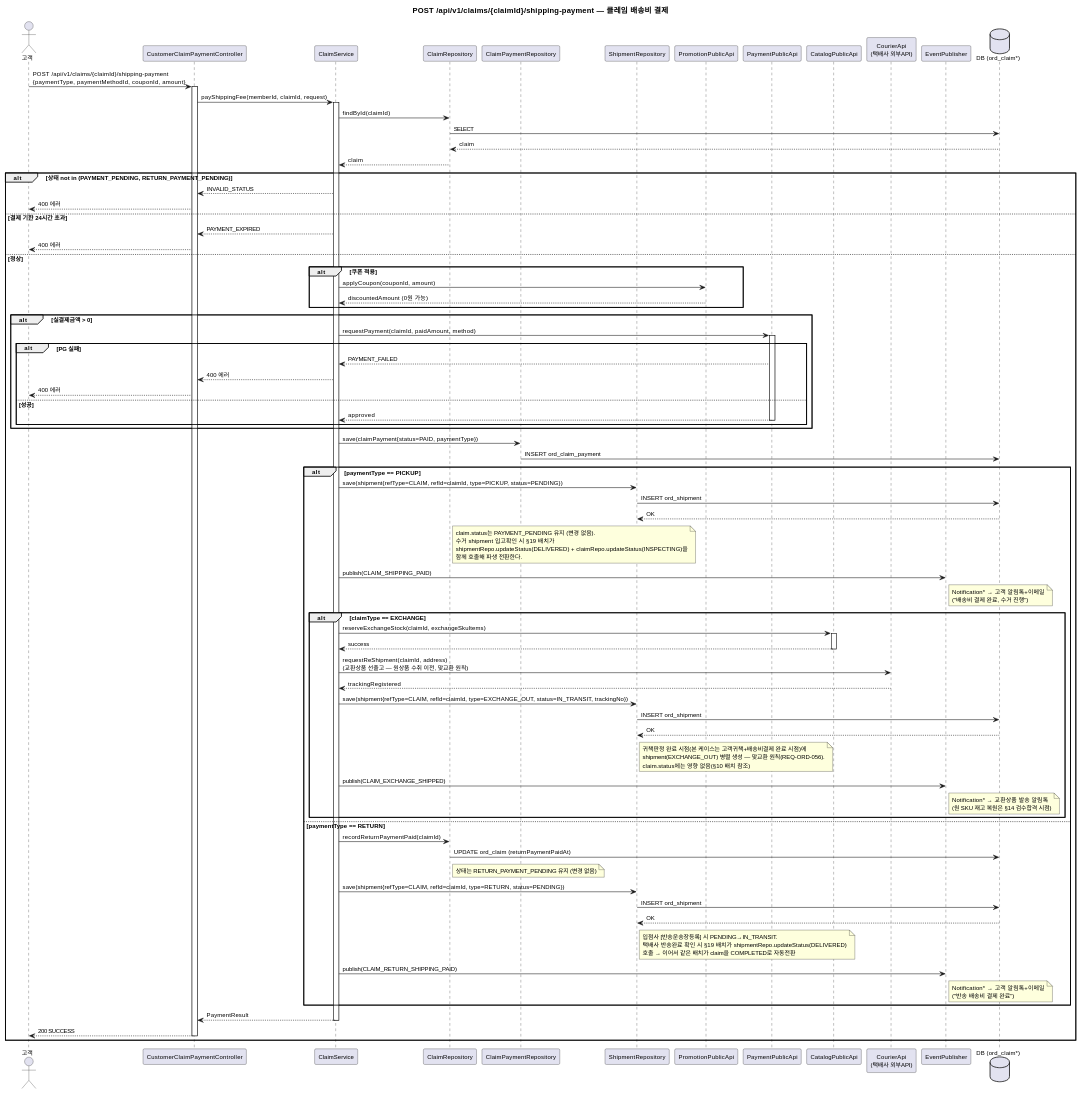
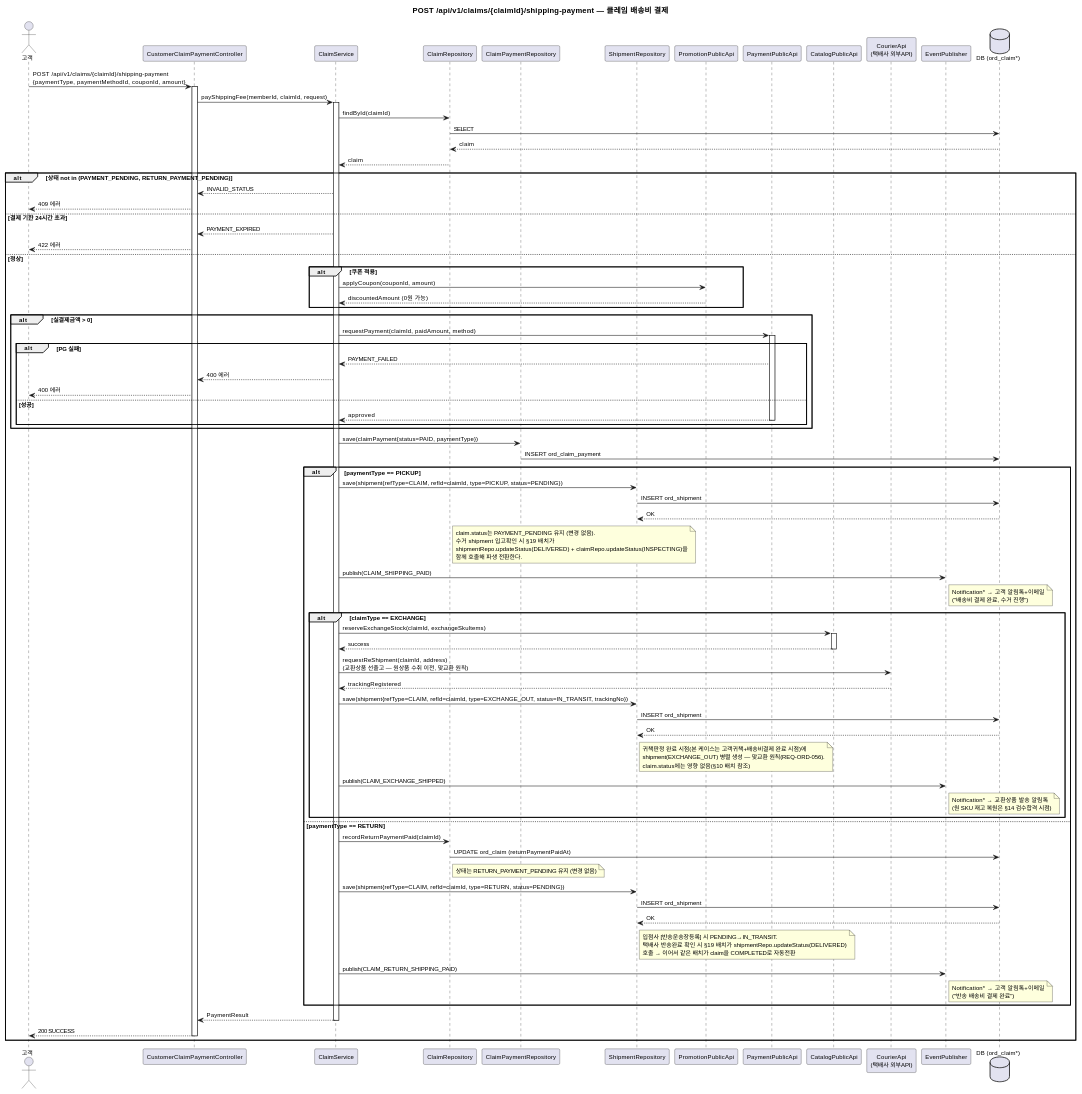
One commit to parknahyun/runNShop changed diagram 15 of 26 in docs/자산화-단계별/S3-상세설계/DM-시퀀스(Order-Payment).md. Above: the diagram before and after it, drawn with PlantUML. The commit also changed other lines of this file and 39 other files, not shown here.

```diff
--- a/docs/자산화-단계별/S3-상세설계/DM-시퀀스(Order-Payment).md
+++ b/docs/자산화-단계별/S3-상세설계/DM-시퀀스(Order-Payment).md
@@ -816,10 +816,10 @@
 
 alt 상태 not in (PAYMENT_PENDING, RETURN_PAYMENT_PENDING)
   CS --> CPC : INVALID_STATUS
-  CPC --> Client : 400 에러
+  CPC --> Client : 409 에러
 else 결제 기한 24시간 초과
   CS --> CPC : PAYMENT_EXPIRED
-  CPC --> Client : 400 에러
+  CPC --> Client : 422 에러
 else 정상
 
   alt 쿠폰 적용
```
